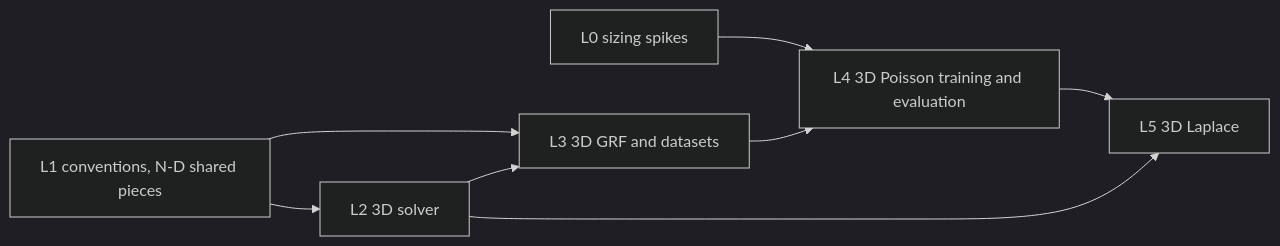
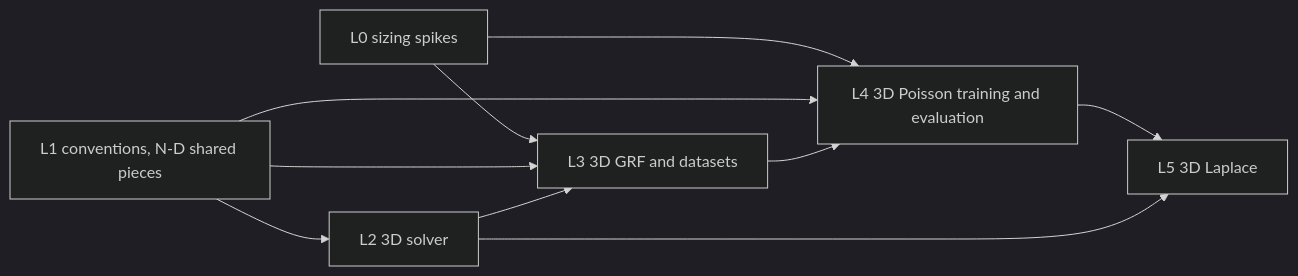
Before and after one commit to AHA-HH/sciml-rs: the diagram in docs/design/3d-chebyshev-laplace-fno.md, drawn with Mermaid (dark theme). The commit also changed other lines of this file and 4 other files, not shown here.

````diff
--- a/docs/design/3d-chebyshev-laplace-fno.md
+++ b/docs/design/3d-chebyshev-laplace-fno.md
@@ -201,10 +283,12 @@
 ```mermaid
 flowchart LR
-  L0["L0 sizing spikes"] --> L4
+  L0["L0 sizing spikes"] --> L3
+  L0 --> L4
   L1["L1 conventions, N-D shared pieces"] --> L2["L2 3D solver"]
   L1 --> L3["L3 3D GRF and datasets"]
+  L1 --> L4
   L2 --> L3
   L3 --> L4["L4 3D Poisson training and evaluation"]
   L4 --> L5["L5 3D Laplace"]
   L2 --> L5
 ```
````
